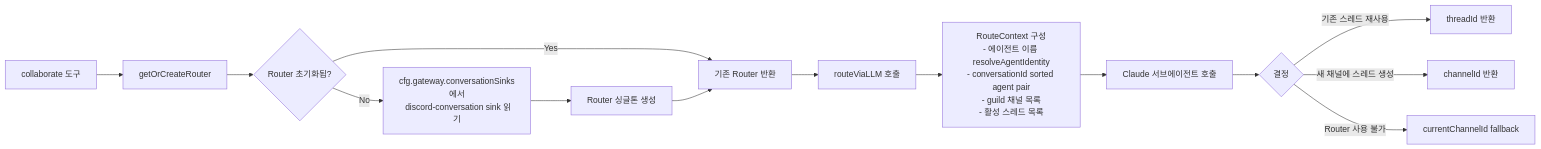
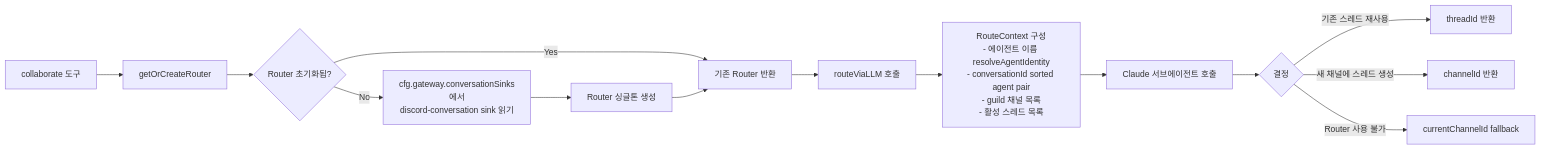
The second of 5 diagrams in custom-docs/planning/completed/AGENT-COLLABORATION-V2.md (openclaw/openclaw), drawn with Mermaid before and after one commit. The commit also changed other lines of this file and 1 other file, not shown here.

First line of the commit message:
docs: 계획 문서 한국어 번역 + mermaid 렌더링 수정

````diff
--- a/custom-docs/planning/completed/AGENT-COLLABORATION-V2.md
+++ b/custom-docs/planning/completed/AGENT-COLLABORATION-V2.md
@@ -136,16 +136,16 @@
 ```mermaid
 flowchart LR
     A[collaborate 도구] --> B[getOrCreateRouter]
     B --> C{Router 초기화됨?}
-    C -- No --> D[cfg.gateway.conversationSinks에서\n discord-conversation sink 읽기]
+    C -- No --> D[cfg.gateway.conversationSinks에서<br/>discord-conversation sink 읽기]
     D --> E[Router 싱글톤 생성]
     C -- Yes --> F[기존 Router 반환]
     E --> F
     F --> G[routeViaLLM 호출]
-    G --> H[RouteContext 구성\n- 에이전트 이름 resolveAgentIdentity\n- conversationId sorted agent pair\n- guild 채널 목록\n- 활성 스레드 목록]
+    G --> H[RouteContext 구성<br/>- 에이전트 이름 resolveAgentIdentity<br/>- conversationId sorted agent pair<br/>- guild 채널 목록<br/>- 활성 스레드 목록]
     H --> I[Claude 서브에이전트 호출]
     I --> J{결정}
     J -- 기존 스레드 재사용 --> K[threadId 반환]
     J -- 새 채널에 스레드 생성 --> L[channelId 반환]
     J -- Router 사용 불가 --> M[currentChannelId fallback]
 ```
````
